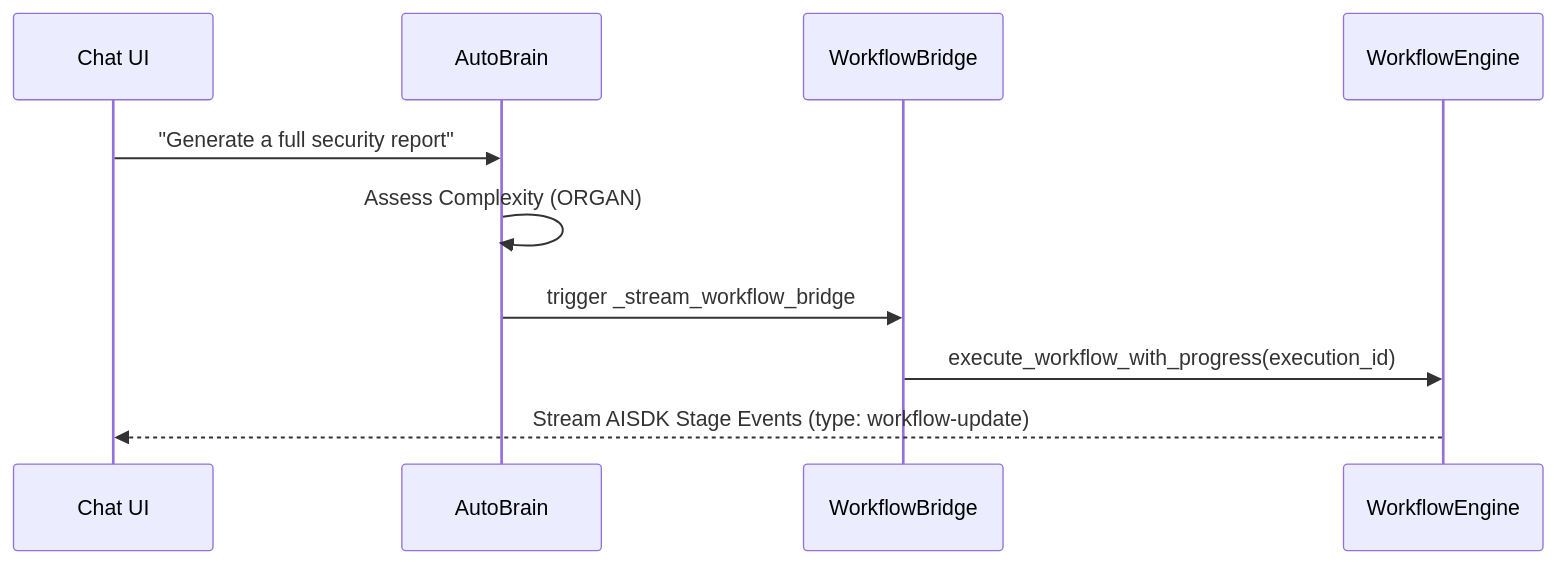
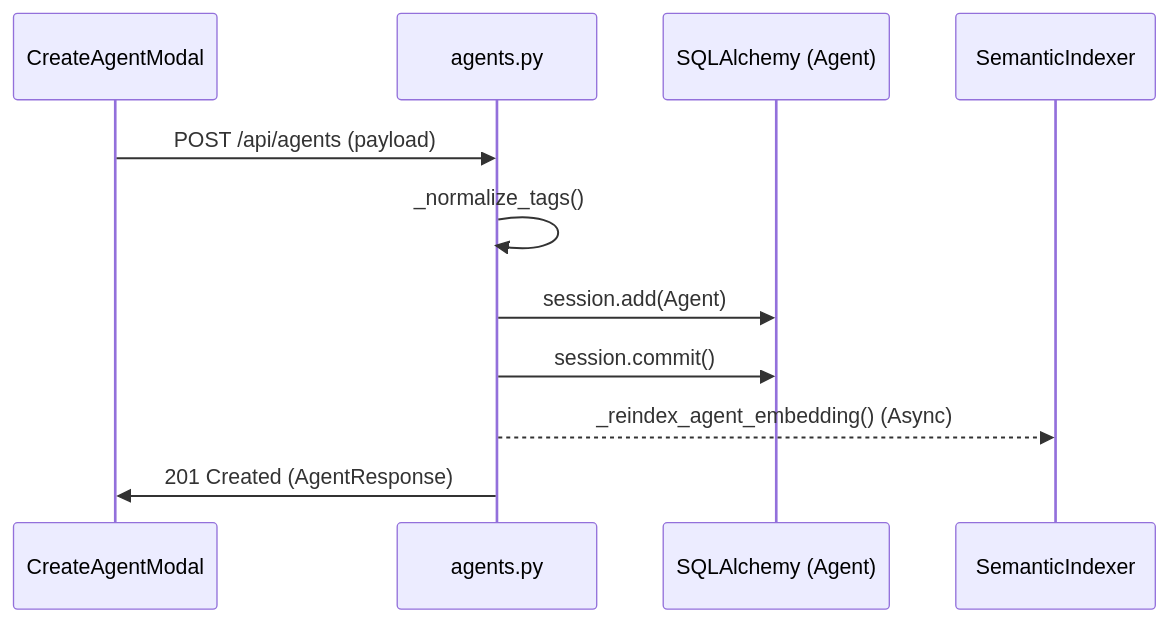
The first of 2 diagrams in docs/getting-started/quick-start-tutorial.md (AutomatosAI/automatos-ai), drawn with Mermaid before and after one commit. The commit also changed other lines of this file and 153 other files, not shown here.

````diff
--- a/docs/getting-started/quick-start-tutorial.md
+++ b/docs/getting-started/quick-start-tutorial.md
@@ -137,13 +49,14 @@
 ```mermaid
 sequenceDiagram
-    participant UI as Chat UI
-    participant AB as AutoBrain
-    participant WB as WorkflowBridge
-    participant WE as WorkflowEngine
-    
-    UI->>AB: "Generate a full security report"
-    AB->>AB: Assess Complexity (ORGAN)
-    AB->>WB: trigger _stream_workflow_bridge
-    WB->>WE: execute_workflow_with_progress(execution_id)
-    WE-->>UI: Stream AISDK Stage Events (type: workflow-update)
+    participant UI as CreateAgentModal
+    participant API as agents.py
+    participant DB as SQLAlchemy (Agent)
+    participant SI as SemanticIndexer
+
+    UI->>API: POST /api/agents (payload)
+    API->>API: _normalize_tags()
+    API->>DB: session.add(Agent)
+    API->>DB: session.commit()
+    API-->>SI: _reindex_agent_embedding() (Async)
+    API->>UI: 201 Created (AgentResponse)
 ```
````
